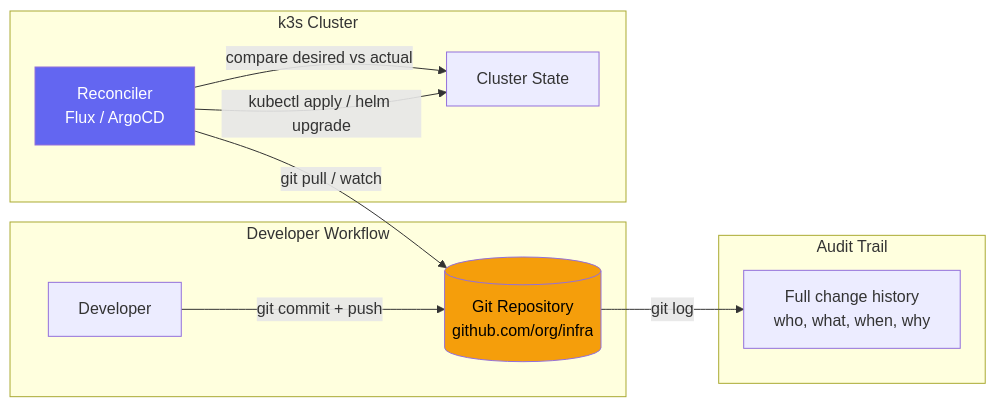
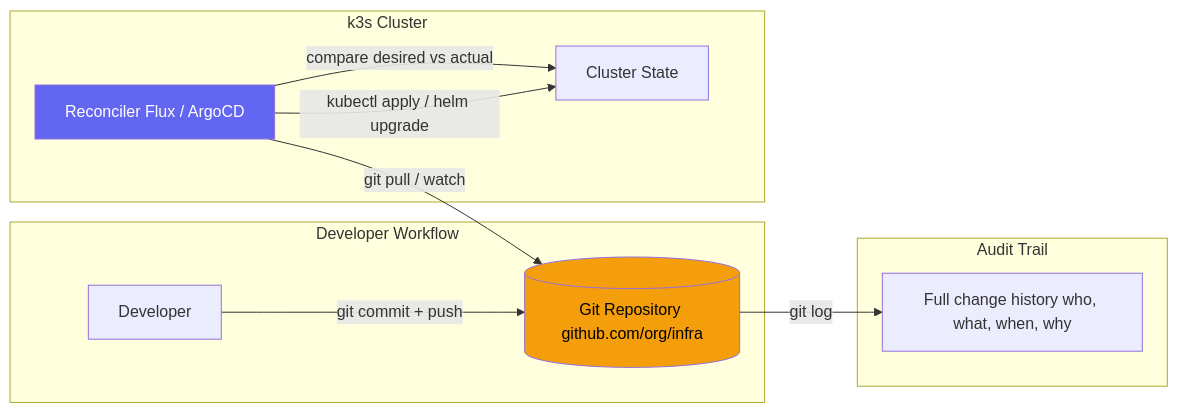
Before and after one commit to UncleJS/course_k3s: the first of 4 diagrams in 11_gitops/01_gitops_concepts.md, drawn with Mermaid. The commit also changed other lines of this file and 57 other files, not shown here.

````diff
--- a/11_gitops/01_gitops_concepts.md
+++ b/11_gitops/01_gitops_concepts.md
@@ -31,19 +31,19 @@
 ```mermaid
 flowchart LR
     subgraph Developer["Developer Workflow"]
-        D[Developer] -->|git commit + push| REPO[(Git Repository\ngithub.com/org/infra)]
+        D[Developer] -->|git commit + push| REPO[(Git Repository github.com/org/infra)]
     end
 
     subgraph Cluster["k3s Cluster"]
-        RC[Reconciler\nFlux / ArgoCD] -->|git pull / watch| REPO
+        RC[Reconciler Flux / ArgoCD] -->|git pull / watch| REPO
         RC -->|compare desired vs actual| STATE[Cluster State]
         RC -->|kubectl apply / helm upgrade| STATE
     end
 
     subgraph Audit["Audit Trail"]
-        REPO -->|git log| LOG[Full change history\nwho, what, when, why]
+        REPO -->|git log| LOG[Full change history who, what, when, why]
     end
 
     style REPO fill:#f59e0b,color:#000
     style RC fill:#6366f1,color:#fff
 ```
````
